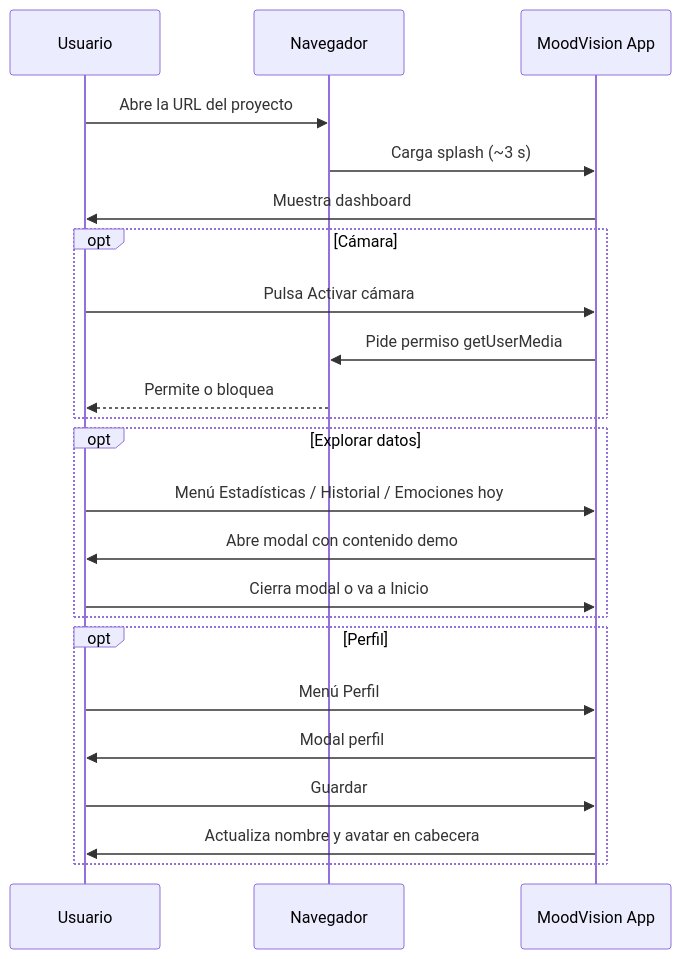
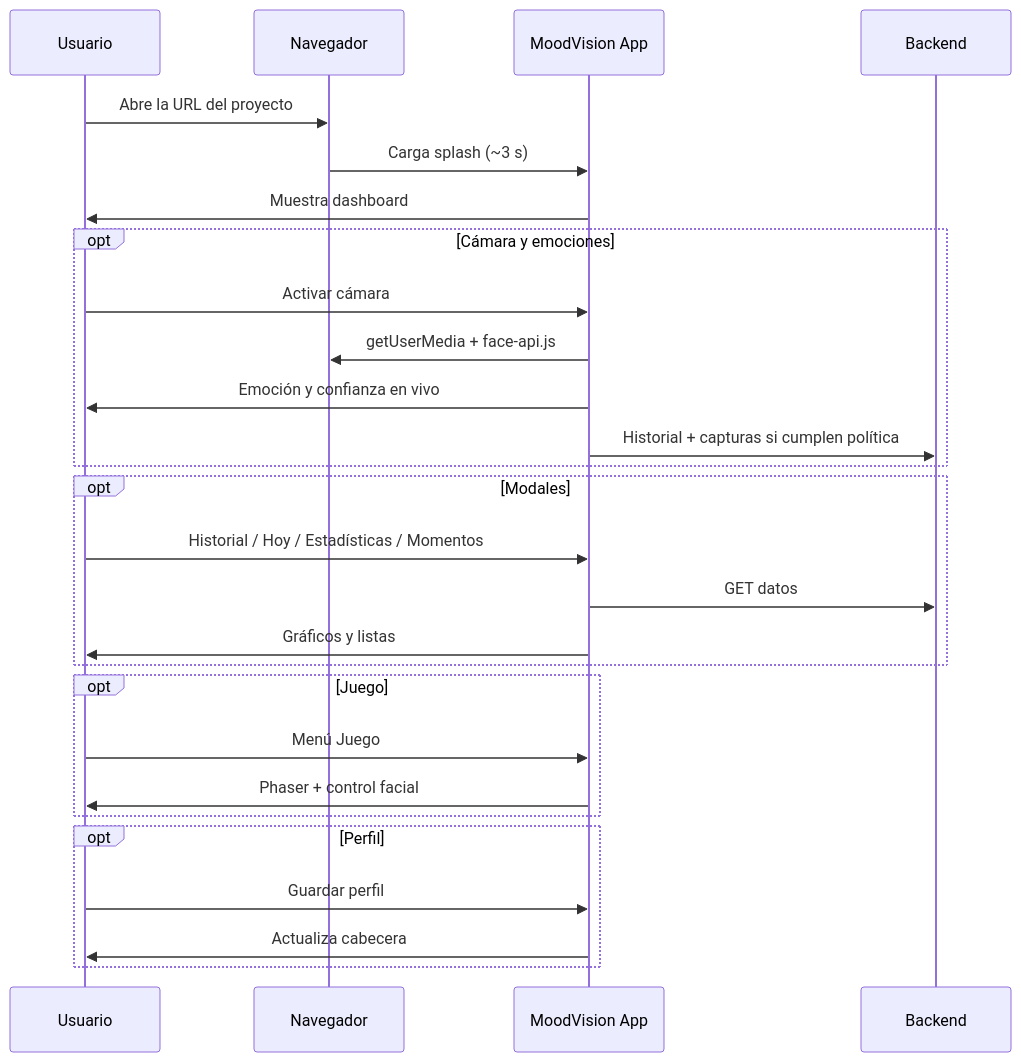
The seventh of 8 diagrams in README.md (jjmirandaa86/uefn-frontend), drawn with Mermaid before and after one commit. The commit also changed other lines of this file and 4 other files, not shown here.

````diff
--- a/README.md
+++ b/README.md
@@ -162,29 +301,34 @@
 ```mermaid
 sequenceDiagram
   participant Usuario
   participant Navegador
   participant App as MoodVision App
+  participant API as Backend
 
   Usuario->>Navegador: Abre la URL del proyecto
   Navegador->>App: Carga splash (~3 s)
   App->>Usuario: Muestra dashboard
 
-  opt Cámara
-    Usuario->>App: Pulsa Activar cámara
-    App->>Navegador: Pide permiso getUserMedia
-    Navegador-->>Usuario: Permite o bloquea
+  opt Cámara y emociones
+    Usuario->>App: Activar cámara
+    App->>Navegador: getUserMedia + face-api.js
+    App->>Usuario: Emoción y confianza en vivo
+    App->>API: Historial + capturas si cumplen política
   end
 
-  opt Explorar datos
-    Usuario->>App: Menú Estadísticas / Historial / Emociones hoy
-    App->>Usuario: Abre modal con contenido demo
-    Usuario->>App: Cierra modal o va a Inicio
+  opt Modales
+    Usuario->>App: Historial / Hoy / Estadísticas / Momentos
+    App->>API: GET datos
+    App->>Usuario: Gráficos y listas
+  end
+
+  opt Juego
+    Usuario->>App: Menú Juego
+    App->>Usuario: Phaser + control facial
   end
 
   opt Perfil
-    Usuario->>App: Menú Perfil
-    App->>Usuario: Modal perfil
-    Usuario->>App: Guardar
-    App->>Usuario: Actualiza nombre y avatar en cabecera
+    Usuario->>App: Guardar perfil
+    App->>Usuario: Actualiza cabecera
   end
 ```
````
